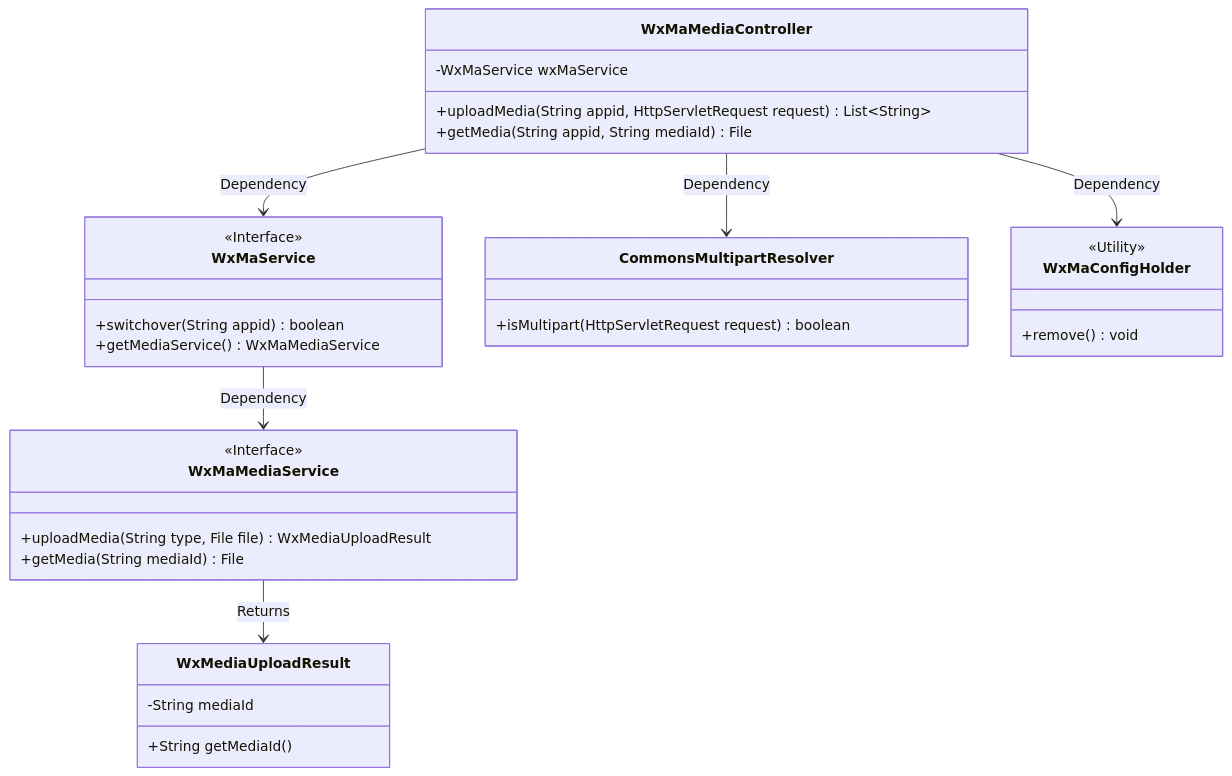
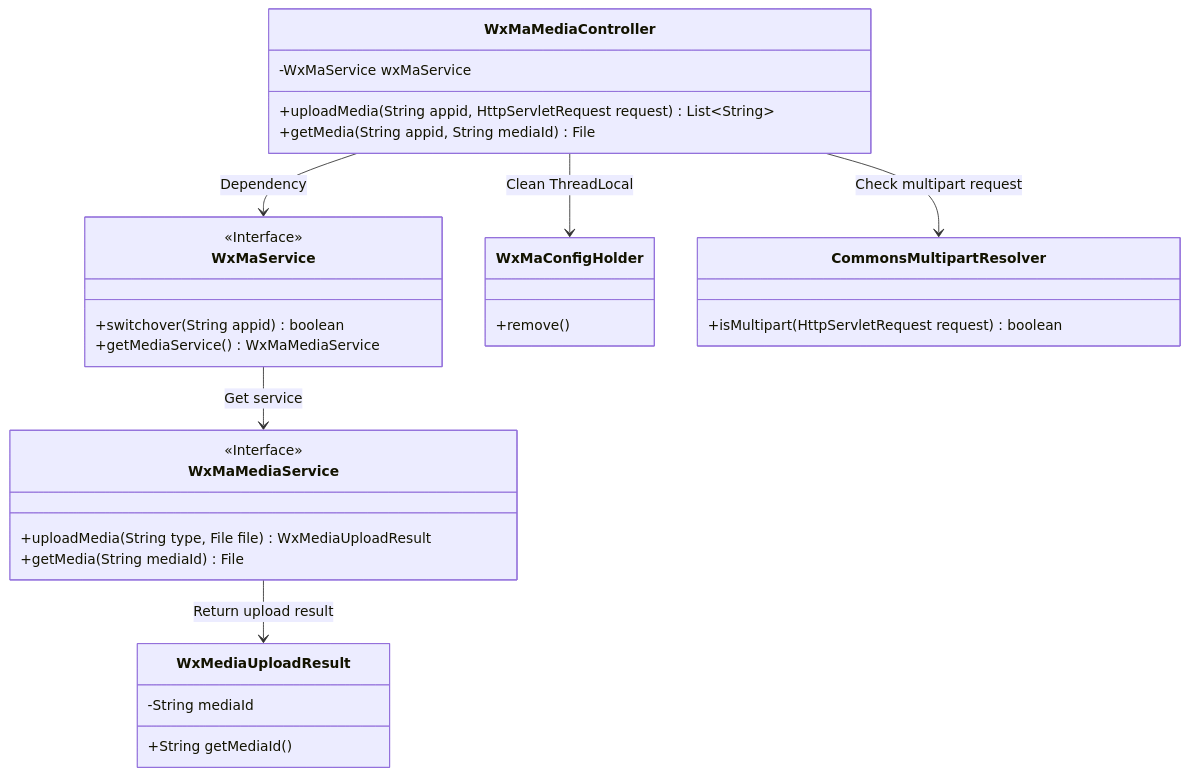
The first of 3 diagrams in docs/en/docs/src/main/java/com/github/binarywang/demo/wx/miniapp/controller/WxMaMediaController.md (v-wjrong/rongwj666_weixin-java-miniapp-demo), drawn with Mermaid before and after one commit. The commit also changed other lines of this file and 46 other files, not shown here.

````diff
--- a/docs/en/docs/src/main/java/com/github/binarywang/demo/wx/miniapp/controller/WxMaMediaController.md
+++ b/docs/en/docs/src/main/java/com/github/binarywang/demo/wx/miniapp/controller/WxMaMediaController.md
@@ -36,40 +36,39 @@
 ```mermaid
 classDiagram
     class WxMaMediaController {
         -WxMaService wxMaService
         +uploadMedia(String appid, HttpServletRequest request) List~String~
         +getMedia(String appid, String mediaId) File
     }
 
     class WxMaService {
         <<Interface>>
         +switchover(String appid) boolean
         +getMediaService() WxMaMediaService
     }
 
     class WxMaMediaService {
         <<Interface>>
         +uploadMedia(String type, File file) WxMediaUploadResult
         +getMedia(String mediaId) File
     }
 
     class WxMediaUploadResult {
         -String mediaId
         +String getMediaId()
     }
 
+    class WxMaConfigHolder {
+        +remove()
+    }
+
     class CommonsMultipartResolver {
         +isMultipart(HttpServletRequest request) boolean
     }
 
-    class WxMaConfigHolder {
-        <<Utility>>
-        +remove() void
-    }
-
     WxMaMediaController --> WxMaService : Dependency
-    WxMaService --> WxMaMediaService : Dependency
-    WxMaMediaController --> CommonsMultipartResolver : Dependency
-    WxMaMediaController --> WxMaConfigHolder : Dependency
-    WxMaMediaService --> WxMediaUploadResult : Returns
+    WxMaMediaController --> WxMaConfigHolder : Clean ThreadLocal
+    WxMaMediaController --> CommonsMultipartResolver : Check multipart request
+    WxMaService --> WxMaMediaService : Get service
+    WxMaMediaService --> WxMediaUploadResult : Return upload result
 ```
````
